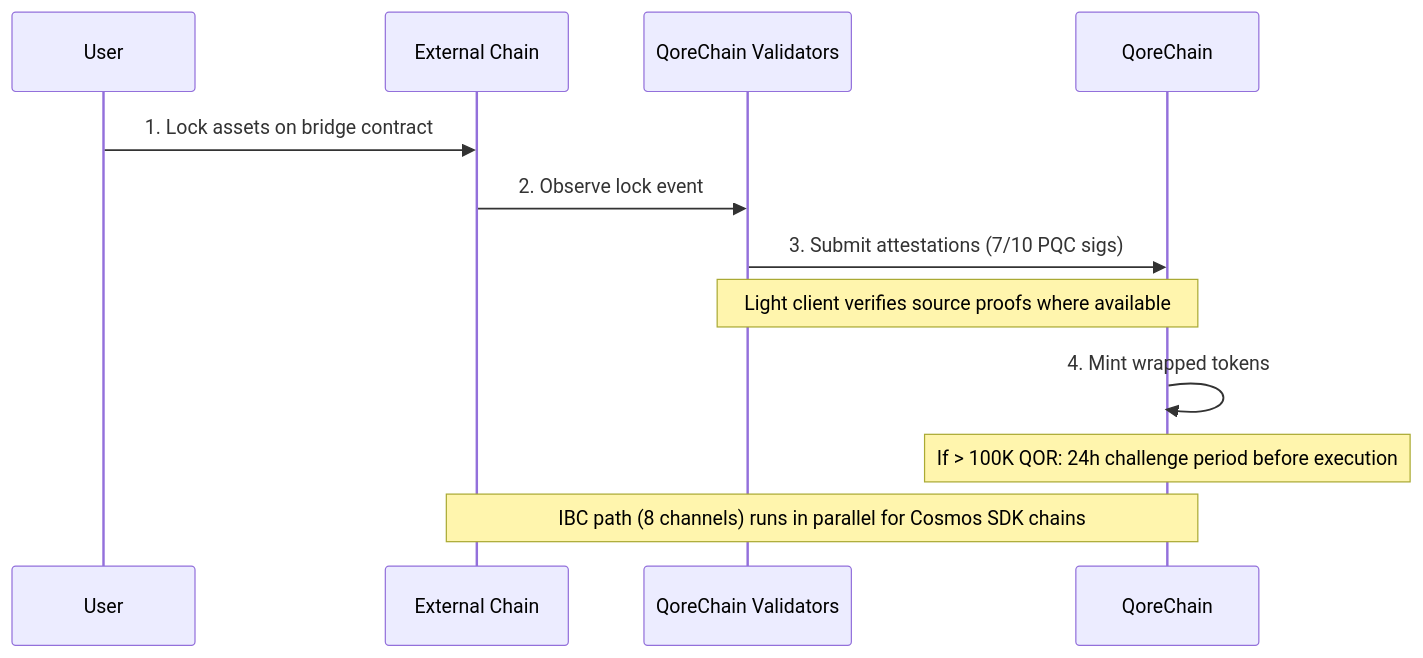
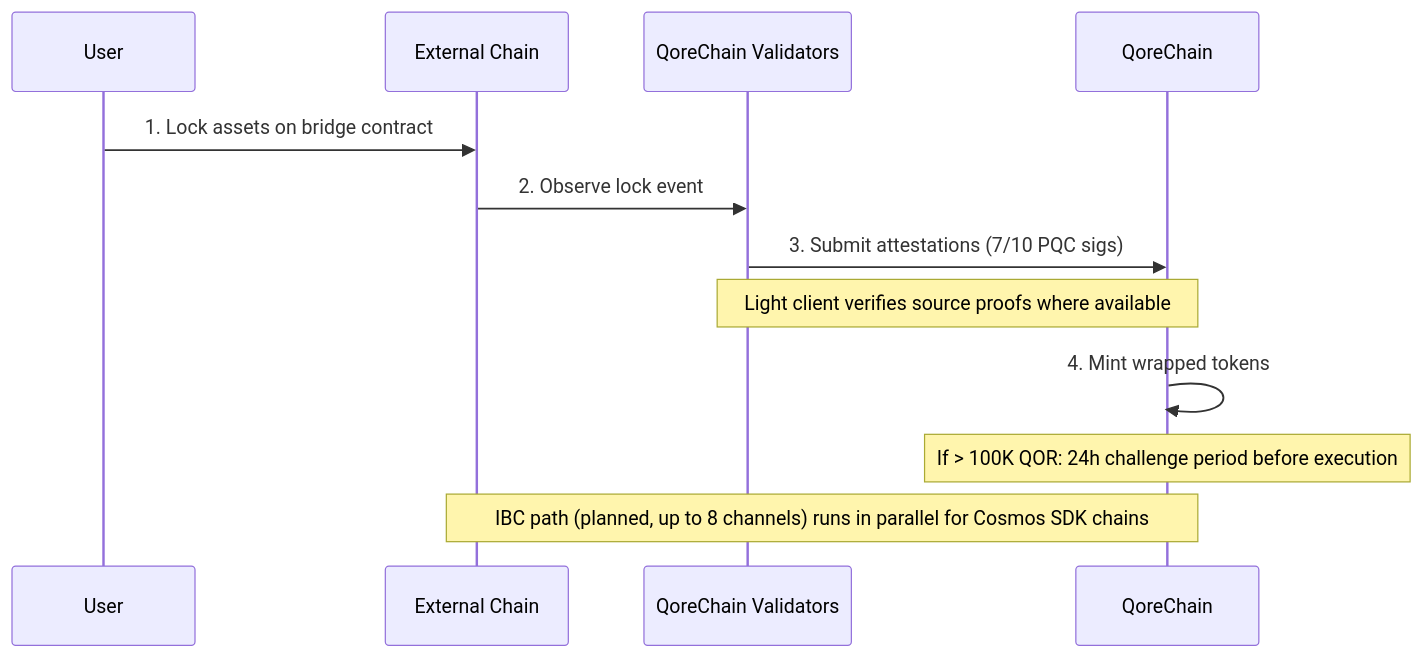
One commit to qorechain/qorechain-docs changed the diagram in docs/architecture/bridge-architecture.md. Above: the diagram before and after it, drawn with Mermaid. The commit also changed other lines of this file and 1055 other files, not shown here.

````diff
--- a/docs/architecture/bridge-architecture.md
+++ b/docs/architecture/bridge-architecture.md
@@ -112,14 +124,14 @@
 ```mermaid
 sequenceDiagram
     participant U as User
     participant X as External Chain
     participant V as QoreChain Validators
     participant Q as QoreChain
     U->>X: 1. Lock assets on bridge contract
     X->>V: 2. Observe lock event
     V->>Q: 3. Submit attestations (7/10 PQC sigs)
     Note over V,Q: Light client verifies source proofs where available
     Q->>Q: 4. Mint wrapped tokens
     Note over Q: If > 100K QOR: 24h challenge period before execution
-    Note over X,Q: IBC path (8 channels) runs in parallel for Cosmos SDK chains
+    Note over X,Q: IBC path (planned, up to 8 channels) runs in parallel for Cosmos SDK chains
 ```
````
